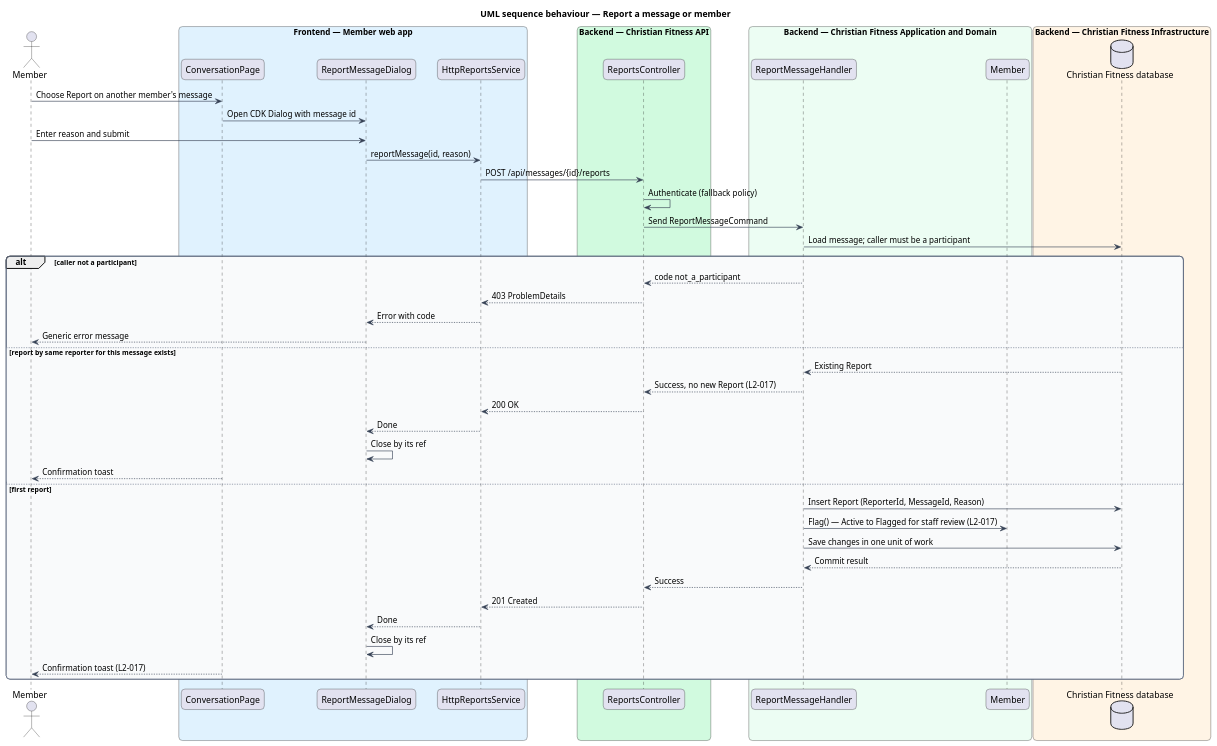
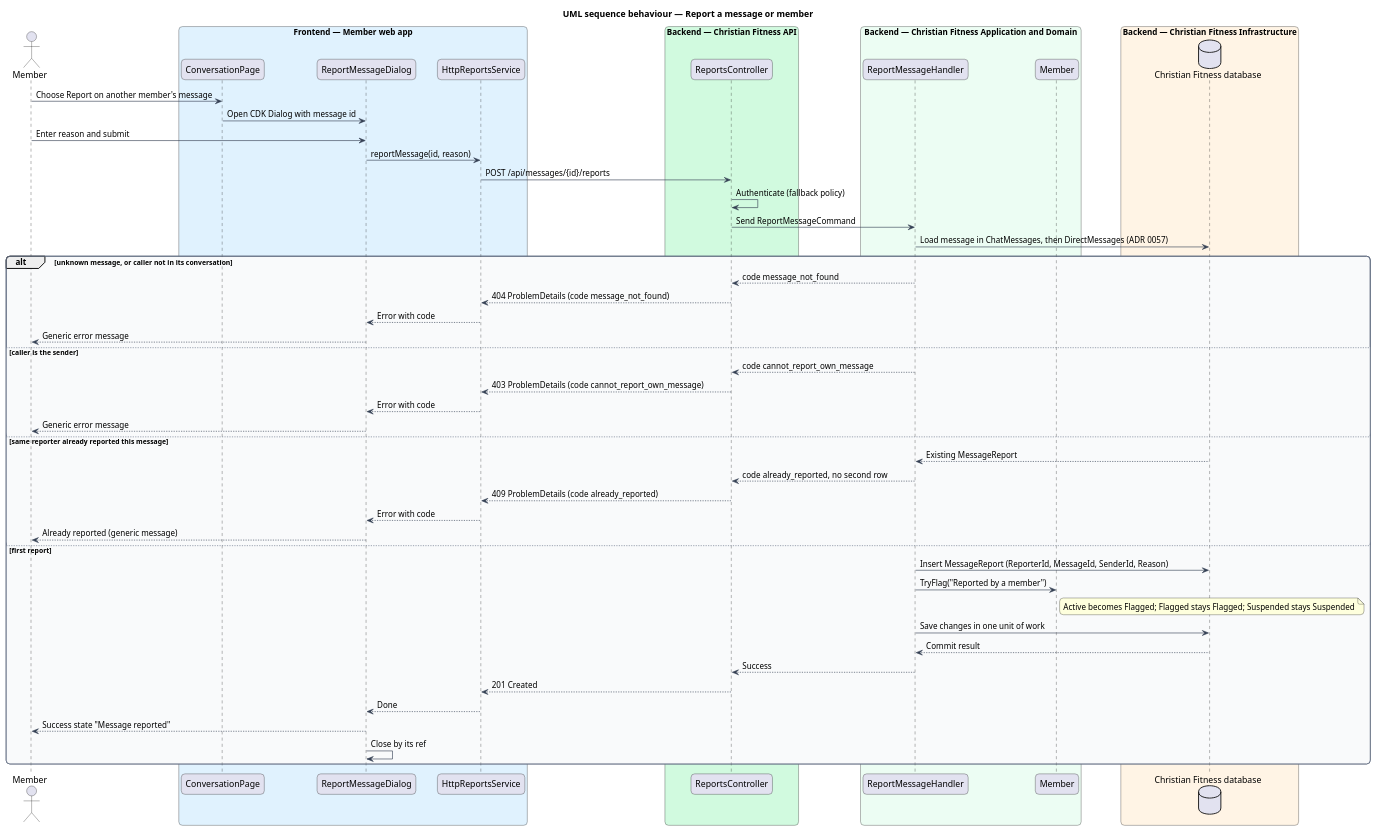
The diagram in docs/detailed-designs/messages/report-message-or-member/diagrams/sequence-report-message.puml (QuinntyneBrown/christian-fitness), drawn with PlantUML before and after one commit. The commit also changed 17 other files, not shown here.

First line of the commit message:
Follow-ups: re-render stale diagrams and fix offline flake

```diff
--- a/docs/detailed-designs/messages/report-message-or-member/diagrams/sequence-report-message.puml
+++ b/docs/detailed-designs/messages/report-message-or-member/diagrams/sequence-report-message.puml
@@ -1,64 +1,69 @@
 @startuml
 title UML sequence behaviour — Report a message or member
 skinparam backgroundColor #FFFFFF
 skinparam shadowing false
 skinparam roundcorner 12
 skinparam defaultFontName Arial
 skinparam ArrowColor #344054
 skinparam rectangle {
   BorderColor #344054
   FontColor #101828
 }
 skinparam package {
   BorderColor #667085
   FontColor #101828
   BackgroundColor #F9FAFB
 }
 actor "Member" as actor
 box "Frontend — Member web app" #E0F2FE
   participant "ConversationPage" as page
   participant "ReportMessageDialog" as dlg
   participant "HttpReportsService" as client
 end box
 box "Backend — Christian Fitness API" #D1FADF
   participant "ReportsController" as controller
 end box
 box "Backend — Christian Fitness Application and Domain" #ECFDF3
   participant "ReportMessageHandler" as handler
   participant "Member" as sender
 end box
 box "Backend — Christian Fitness Infrastructure" #FFF4E5
   database "Christian Fitness database" as db
 end box
 actor -> page : Choose Report on another member's message
 page -> dlg : Open CDK Dialog with message id
 actor -> dlg : Enter reason and submit
 dlg -> client : reportMessage(id, reason)
 client -> controller : POST /api/messages/{id}/reports
 controller -> controller : Authenticate (fallback policy)
 controller -> handler : Send ReportMessageCommand
-handler -> db : Load message; caller must be a participant
-alt caller not a participant
-  handler --> controller : code not_a_participant
-  controller --> client : 403 ProblemDetails
+handler -> db : Load message in ChatMessages, then DirectMessages (ADR 0057)
+alt unknown message, or caller not in its conversation
+  handler --> controller : code message_not_found
+  controller --> client : 404 ProblemDetails (code message_not_found)
   client --> dlg : Error with code
   dlg --> actor : Generic error message
-else report by same reporter for this message exists
-  db --> handler : Existing Report
-  handler --> controller : Success, no new Report (L2-017)
-  controller --> client : 200 OK
-  client --> dlg : Done
-  dlg -> dlg : Close by its ref
-  page --> actor : Confirmation toast
+else caller is the sender
+  handler --> controller : code cannot_report_own_message
+  controller --> client : 403 ProblemDetails (code cannot_report_own_message)
+  client --> dlg : Error with code
+  dlg --> actor : Generic error message
+else same reporter already reported this message
+  db --> handler : Existing MessageReport
+  handler --> controller : code already_reported, no second row
+  controller --> client : 409 ProblemDetails (code already_reported)
+  client --> dlg : Error with code
+  dlg --> actor : Already reported (generic message)
 else first report
-  handler -> db : Insert Report (ReporterId, MessageId, Reason)
-  handler -> sender : Flag() — Active to Flagged for staff review (L2-017)
+  handler -> db : Insert MessageReport (ReporterId, MessageId, SenderId, Reason)
+  handler -> sender : TryFlag("Reported by a member")
+  note right of sender : Active becomes Flagged; Flagged stays Flagged; Suspended stays Suspended
   handler -> db : Save changes in one unit of work
   db --> handler : Commit result
   handler --> controller : Success
   controller --> client : 201 Created
   client --> dlg : Done
+  dlg --> actor : Success state "Message reported"
   dlg -> dlg : Close by its ref
-  page --> actor : Confirmation toast (L2-017)
 end
 @enduml
```
